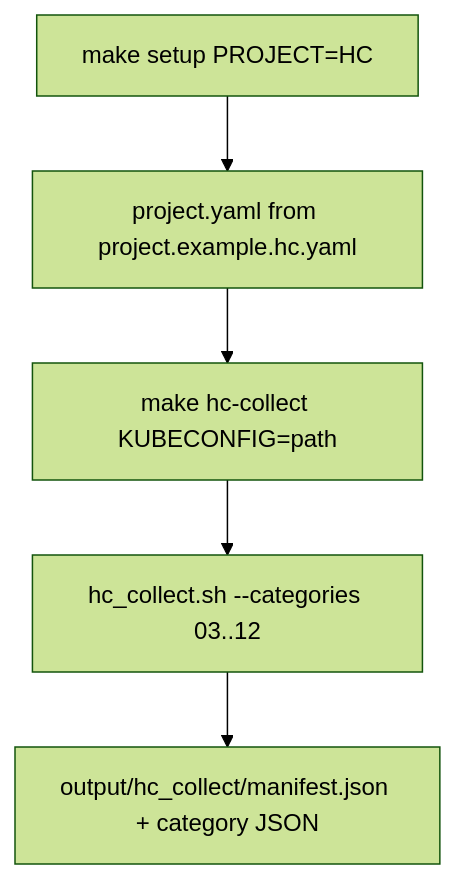
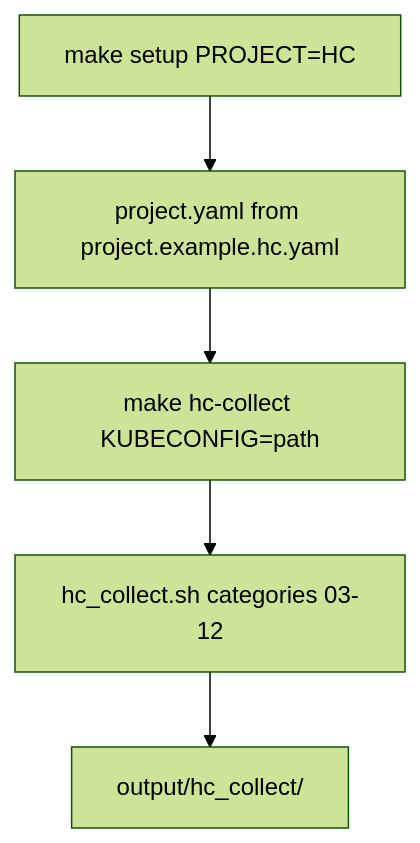
Before and after one commit to stratus-ss/arch-design-doc-generator: the sixth of 8 diagrams in docs/CODEFLOW.md, drawn with Mermaid (forest theme). The commit also changed other lines of this file and 20 other files, not shown here.

````diff
--- a/docs/CODEFLOW.md
+++ b/docs/CODEFLOW.md
@@ -163,7 +166,7 @@
 ```mermaid
 flowchart TD
     SetupHC[make setup PROJECT=HC] --> ProjectYaml[project.yaml from project.example.hc.yaml]
     ProjectYaml --> Collect[make hc-collect KUBECONFIG=path]
-    Collect --> HcCollectSh[hc_collect.sh --categories 03..12]
-    HcCollectSh --> Output[output/hc_collect/manifest.json + category JSON]
+    Collect --> HcCollectSh[hc_collect.sh categories 03-12]
+    HcCollectSh --> Output[output/hc_collect/]
 ```
````
